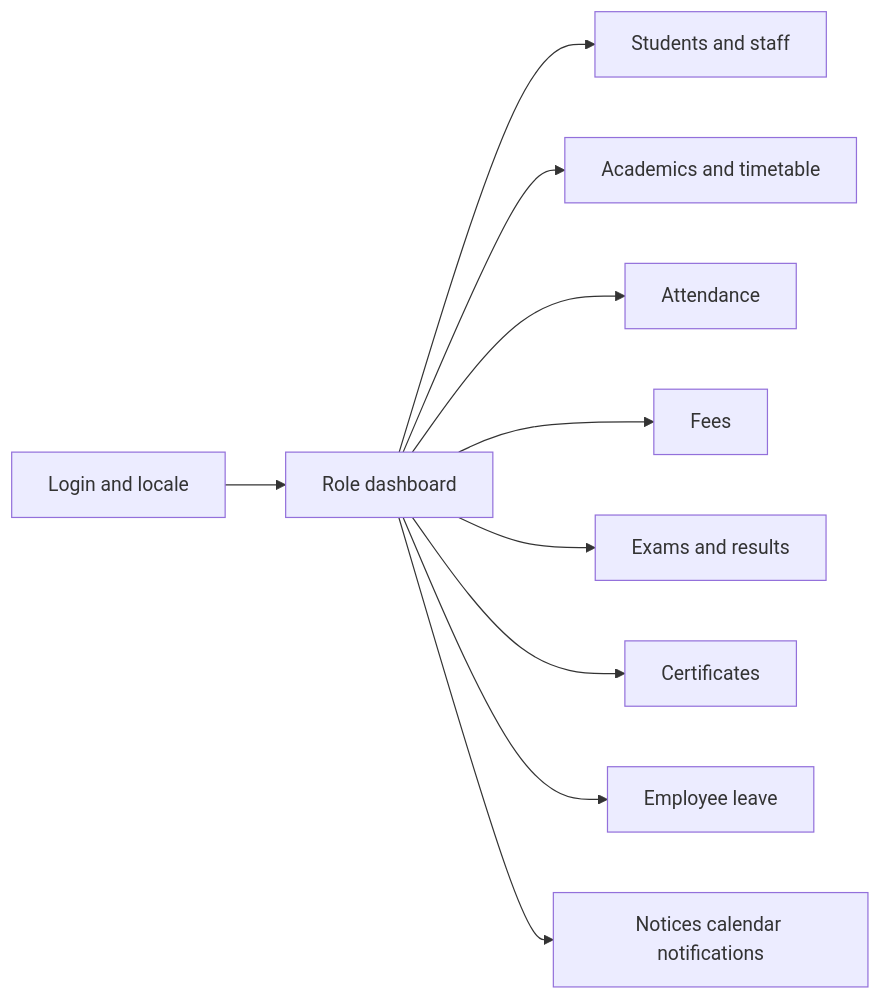
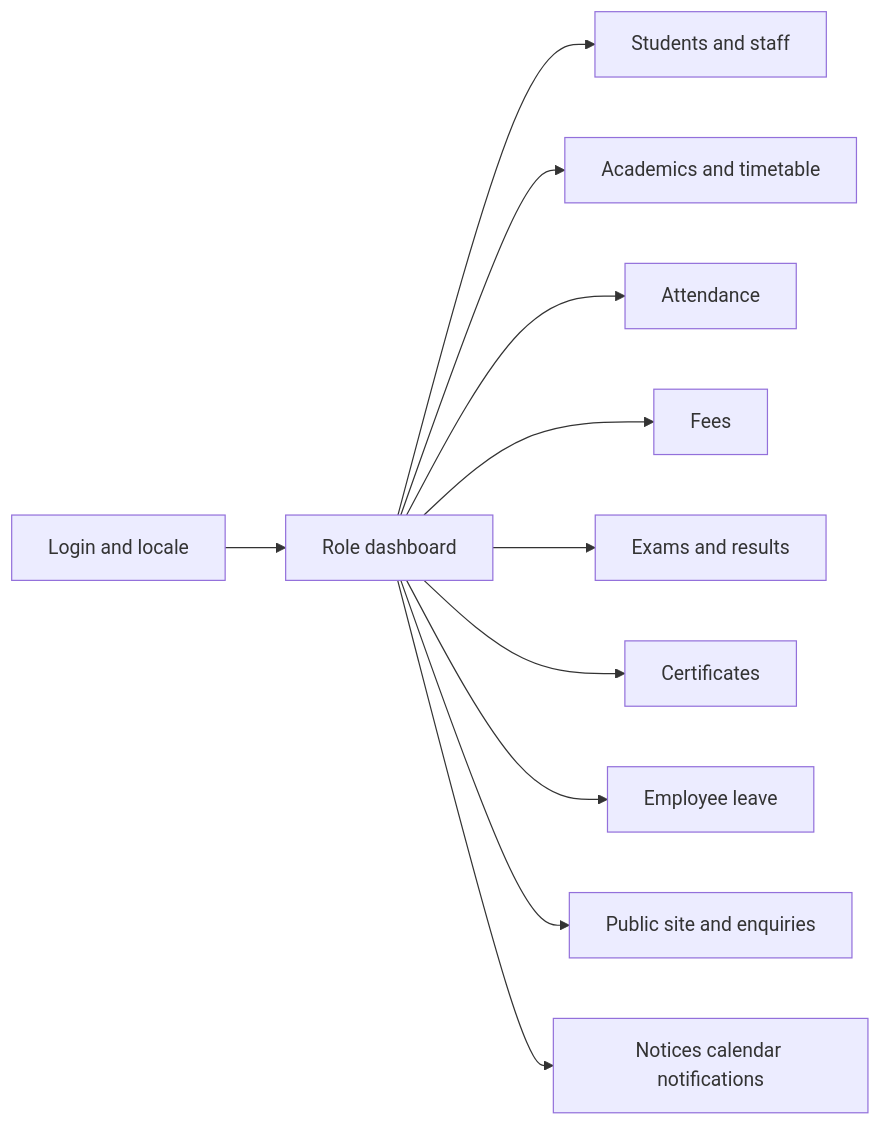
The diagram in docs/product/USER_STORIES_SCOPE.md (92xeeshan/School-Management-System), drawn with Mermaid before and after one commit. The commit also changed other lines of this file and 60 other files, not shown here.

````diff
--- a/docs/product/USER_STORIES_SCOPE.md
+++ b/docs/product/USER_STORIES_SCOPE.md
@@ -13,12 +13,13 @@
 ```mermaid
 flowchart LR
     Login["Login and locale"] --> Dash["Role dashboard"]
     Dash --> SIS["Students and staff"]
     Dash --> Acad["Academics and timetable"]
     Dash --> Att["Attendance"]
     Dash --> Fees["Fees"]
     Dash --> Exam["Exams and results"]
     Dash --> Cert["Certificates"]
     Dash --> Leave["Employee leave"]
+    Dash --> Site["Public site and enquiries"]
     Dash --> Comm["Notices calendar notifications"]
 ```
````
